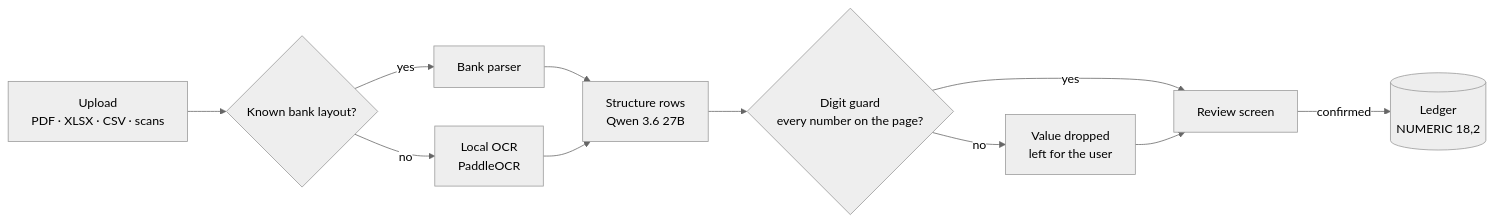
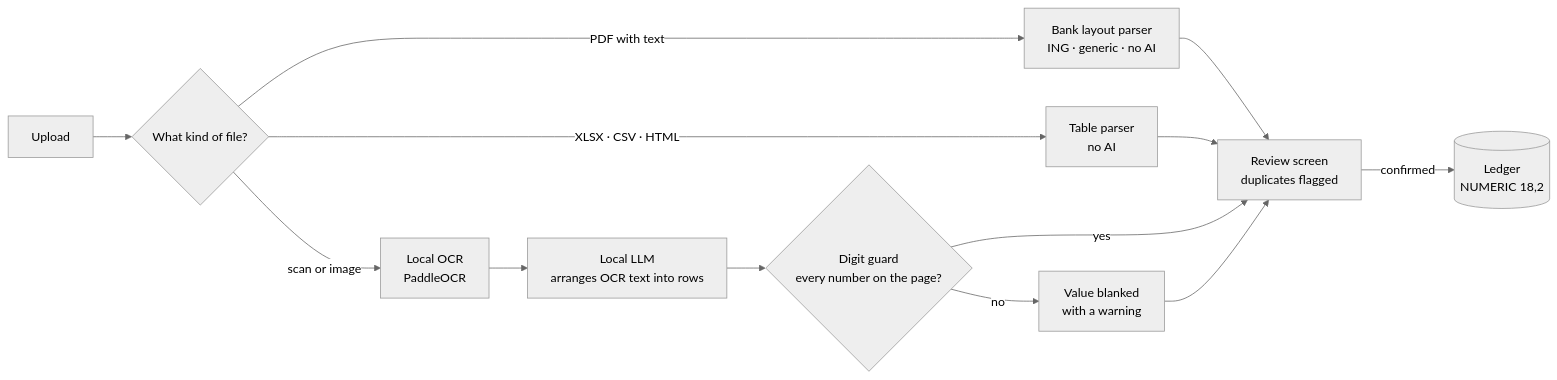
Before and after one commit to North-Lab-RO/north-lab-ro.github.io: the fourth of 6 diagrams in README.md, drawn with Mermaid (neutral theme). The commit also changed other lines of this file and 25 other files, not shown here.

First line of the commit message:
In-depth workflow diagrams for every product, traced from the source

````diff
--- a/README.md
+++ b/README.md
@@ -218,13 +223,15 @@
 ```mermaid
 flowchart LR
-    UP[Upload<br/>PDF · XLSX · CSV · scans] --> P{Known bank layout?}
-    P -- yes --> BP[Bank parser]
-    P -- no --> OCR[Local OCR<br/>PaddleOCR]
-    BP --> LLM[Structure rows<br/>Qwen 3.6 27B]
-    OCR --> LLM
+    UP[Upload] --> T{What kind of file?}
+    T -- PDF with text --> BP[Bank layout parser<br/>ING · generic · no AI]
+    T -- XLSX · CSV · HTML --> TP[Table parser<br/>no AI]
+    T -- scan or image --> OCR[Local OCR<br/>PaddleOCR]
+    OCR --> LLM[Local LLM<br/>arranges OCR text into rows]
     LLM --> G{Digit guard<br/>every number on the page?}
-    G -- no --> DROP[Value dropped<br/>left for the user]
-    G -- yes --> REV[Review screen]
+    G -- no --> DROP[Value blanked<br/>with a warning]
+    BP --> REV[Review screen<br/>duplicates flagged]
+    TP --> REV
+    G -- yes --> REV
     DROP --> REV
     REV -- confirmed --> LED[(Ledger<br/>NUMERIC 18,2)]
 ```
````
